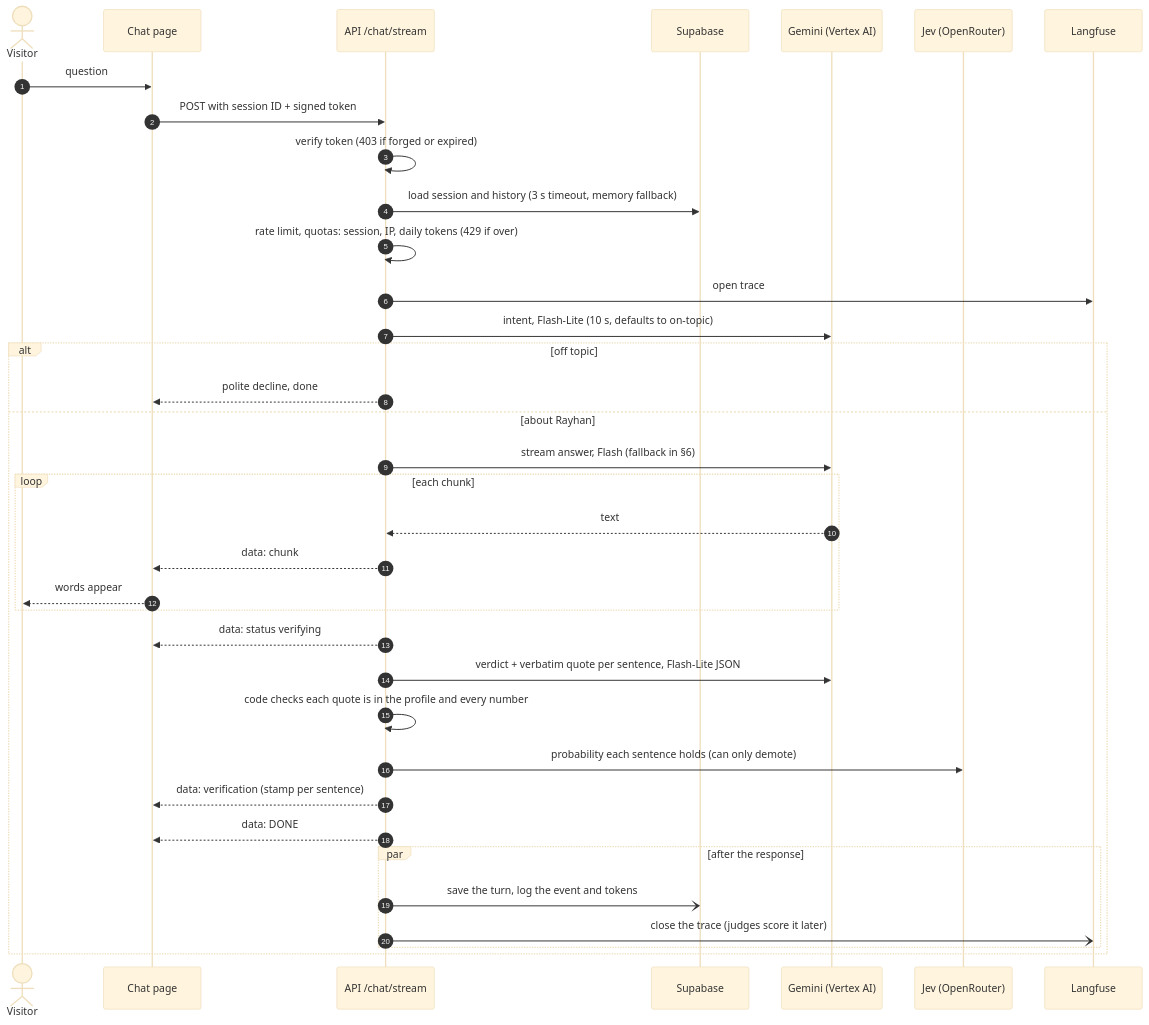
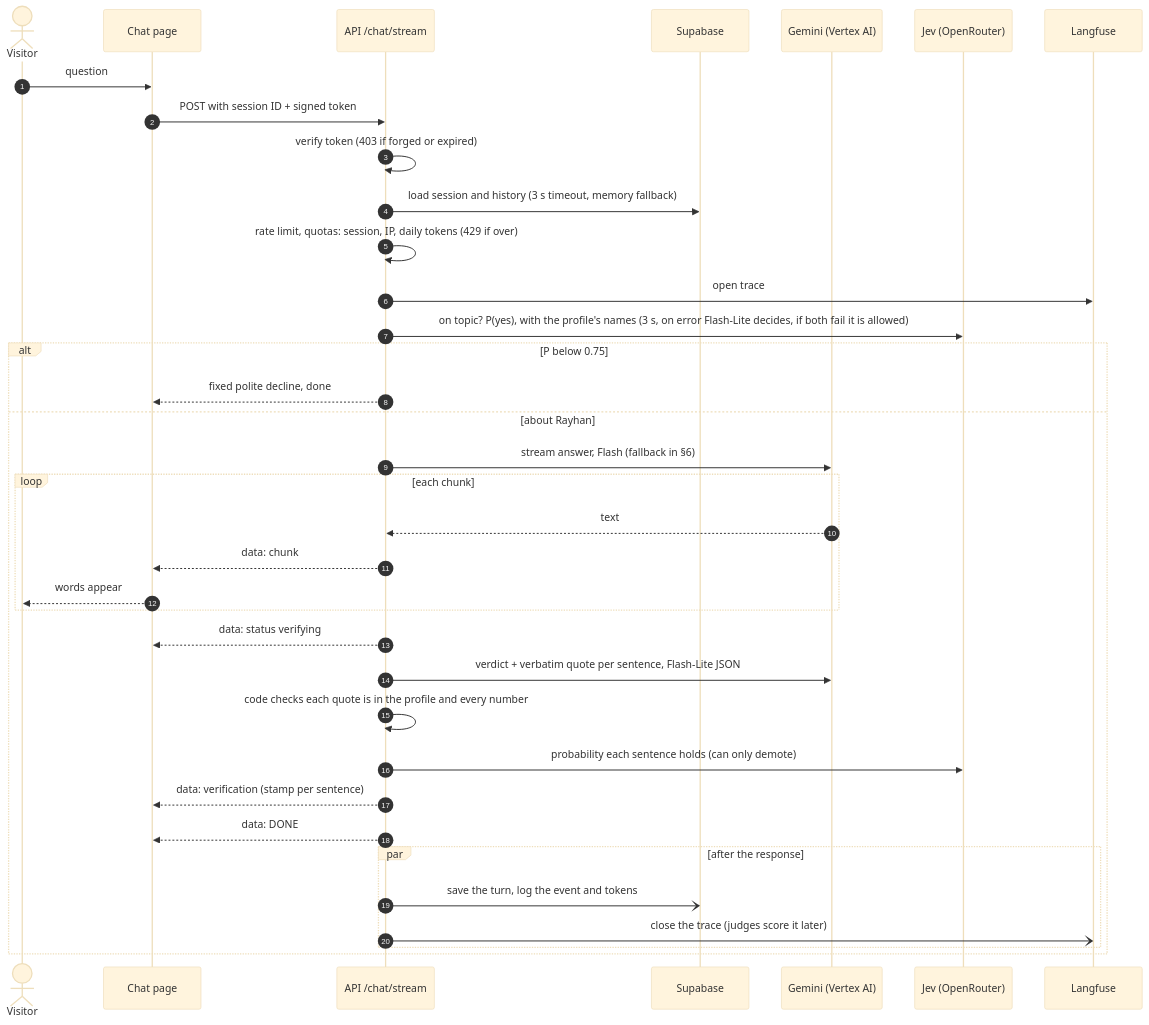
One commit to Rayhanpatel/AI-Resume-Agent changed the second of 2 diagrams in README.md. Above: the diagram before and after it, drawn with Mermaid (base theme). The commit also changed other lines of this file and 19 other files, not shown here.

First line of the commit message:
2.9.0: a decision model as the off-topic gate

````diff
--- a/README.md
+++ b/README.md
@@ -194,41 +194,41 @@
 ```mermaid
 sequenceDiagram
     accTitle: Sequence: answering a question
-    accDescr: The API checks the token, loads the session, applies limits, classifies intent, streams the answer, then verifies each sentence and streams the stamps before saving the turn and closing the trace.
+    accDescr: The API checks the token, loads the session, applies limits, asks the decision model whether the question is on topic, streams the answer, then verifies each sentence and streams the stamps before saving the turn and closing the trace.
     autonumber
     actor V as Visitor
     participant F as Chat page
     participant A as API /chat/stream
     participant D as Supabase
     participant G as Gemini (Vertex AI)
     participant J as Jev (OpenRouter)
     participant L as Langfuse
 
     V->>F: question
     F->>A: POST with session ID + signed token
     A->>A: verify token (403 if forged or expired)
     A->>D: load session and history (3 s timeout, memory fallback)
     A->>A: rate limit, quotas: session, IP, daily tokens (429 if over)
     A->>L: open trace
-    A->>G: intent, Flash-Lite (10 s, defaults to on-topic)
-    alt off topic
-        A-->>F: polite decline, done
+    A->>J: on topic? P(yes), with the profile's names (3 s, on error Flash-Lite decides, if both fail it is allowed)
+    alt P below 0.75
+        A-->>F: fixed polite decline, done
     else about Rayhan
         A->>G: stream answer, Flash (fallback in §6)
         loop each chunk
             G-->>A: text
             A-->>F: data: chunk
             F-->>V: words appear
         end
         A-->>F: data: status verifying
         A->>G: verdict + verbatim quote per sentence, Flash-Lite JSON
         A->>A: code checks each quote is in the profile and every number
         A->>J: probability each sentence holds (can only demote)
         A-->>F: data: verification (stamp per sentence)
         A-->>F: data: DONE
         par after the response
             A-)D: save the turn, log the event and tokens
             A-)L: close the trace (judges score it later)
         end
     end
 ```
````
